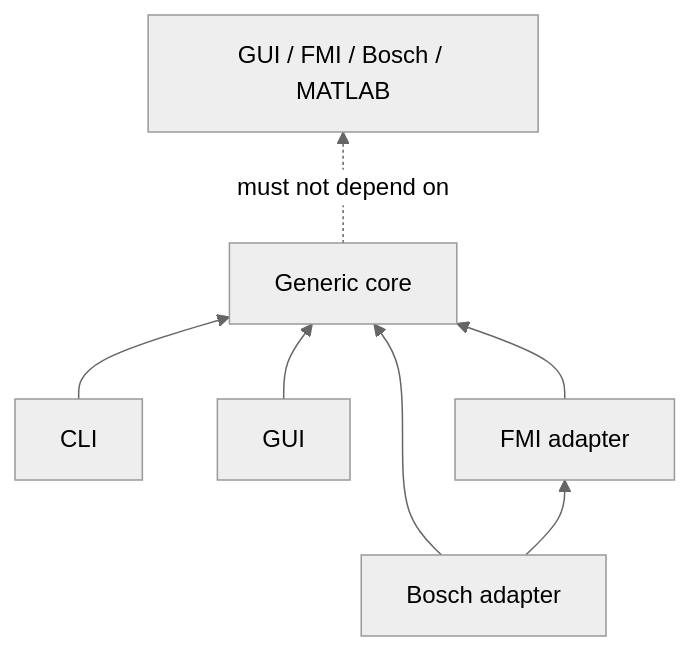
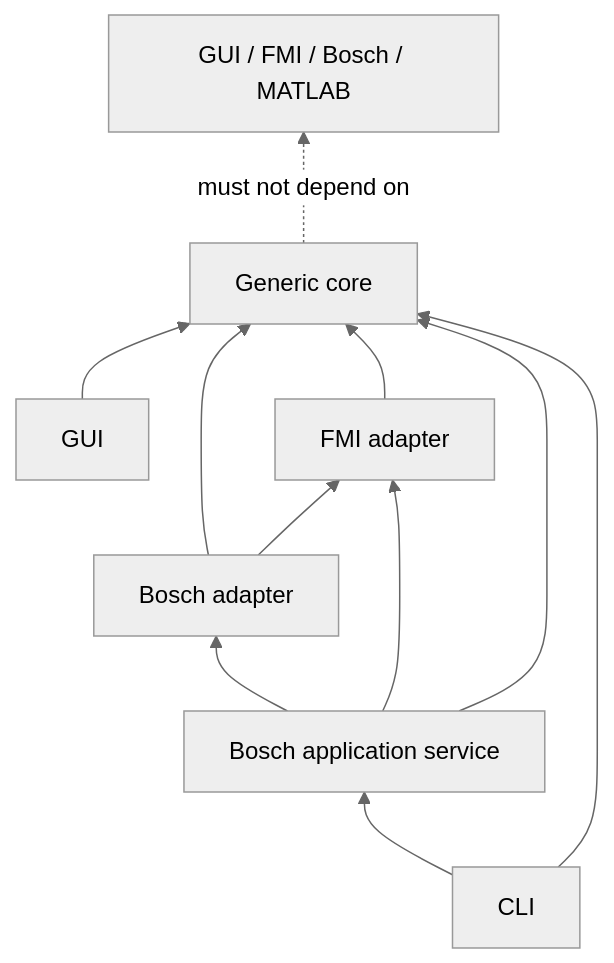
The fourth of 4 diagrams in docs/guide/PROJECT-TOUR.md (gaochuanchao/CPSSim), drawn with Mermaid (neutral theme) before and after one commit. The commit also changed other lines of this file and 55 other files, not shown here.

````diff
--- a/docs/guide/PROJECT-TOUR.md
+++ b/docs/guide/PROJECT-TOUR.md
@@ -118,9 +121,13 @@
 ```mermaid
 flowchart BT
-    CLI[CLI] --> Core[Generic core]
+    CLI[CLI] --> App[Bosch application service]
+    CLI --> Core[Generic core]
     GUI[GUI] --> Core
     Bosch[Bosch adapter] --> Core
     FMI[FMI adapter] --> Core
+    App --> Bosch
+    App --> FMI
+    App --> Core
     Bosch --> FMI
     Core -. must not depend on .-> Forbidden[GUI / FMI / Bosch / MATLAB]
 ```
````
